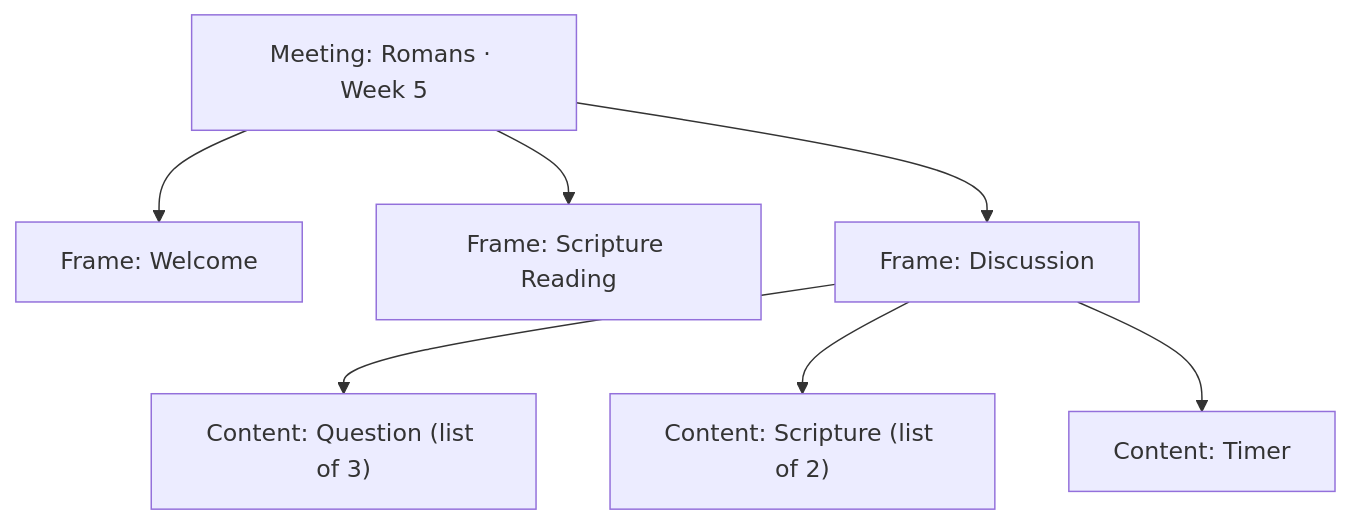
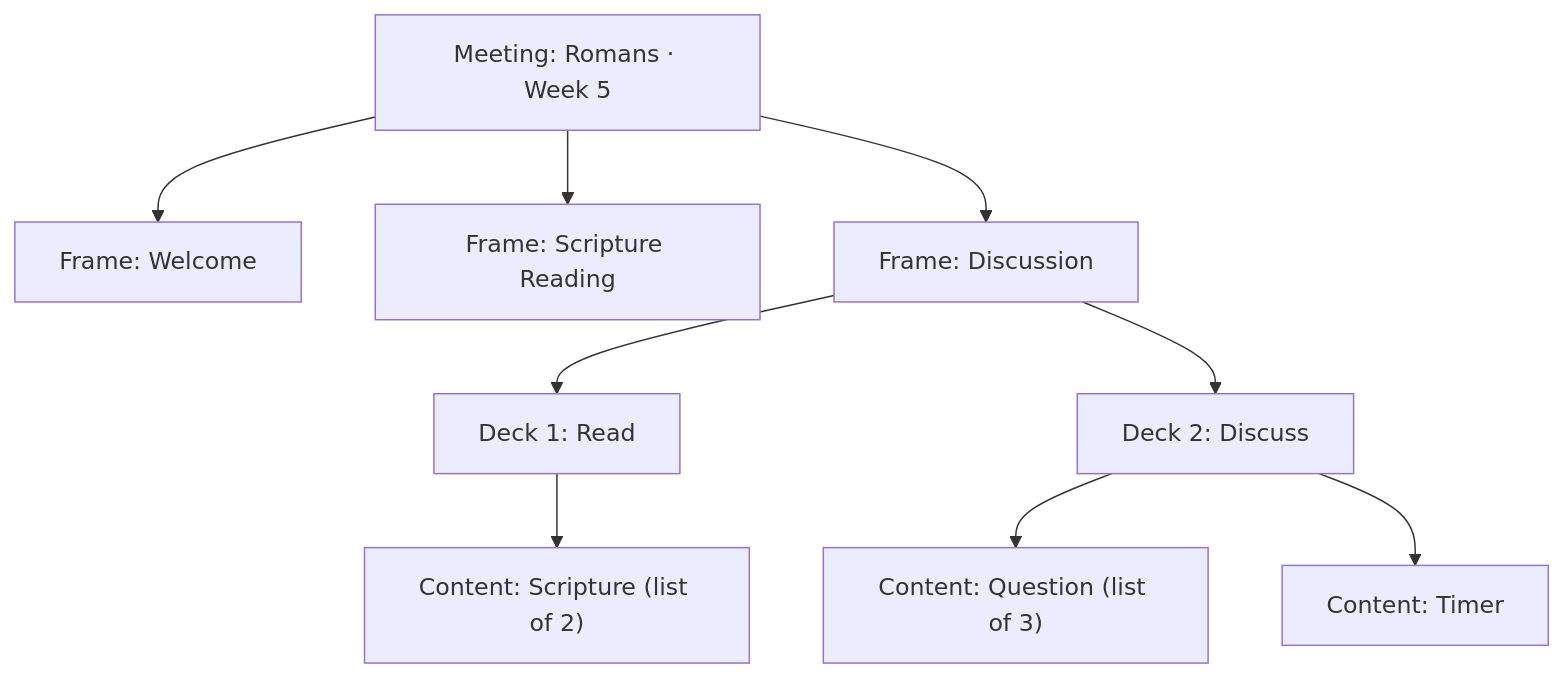
Before and after one commit to mshobin/FrameDecks: the diagram in docs/frames.md, drawn with Mermaid. The commit also changed other lines of this file and 103 other files, not shown here.

````diff
--- a/docs/frames.md
+++ b/docs/frames.md
@@ -27,9 +29,11 @@
 ```mermaid
 flowchart TD
   M["Meeting: Romans · Week 5"] --> F1["Frame: Welcome"]
   M --> F2["Frame: Scripture Reading"]
   M --> F3["Frame: Discussion"]
-  F3 --> C1["Content: Question (list of 3)"]
-  F3 --> C2["Content: Scripture (list of 2)"]
-  F3 --> C3["Content: Timer"]
+  F3 --> D1["Deck 1: Read"]
+  F3 --> D2["Deck 2: Discuss"]
+  D1 --> C2["Content: Scripture (list of 2)"]
+  D2 --> C1["Content: Question (list of 3)"]
+  D2 --> C3["Content: Timer"]
 ```
````
